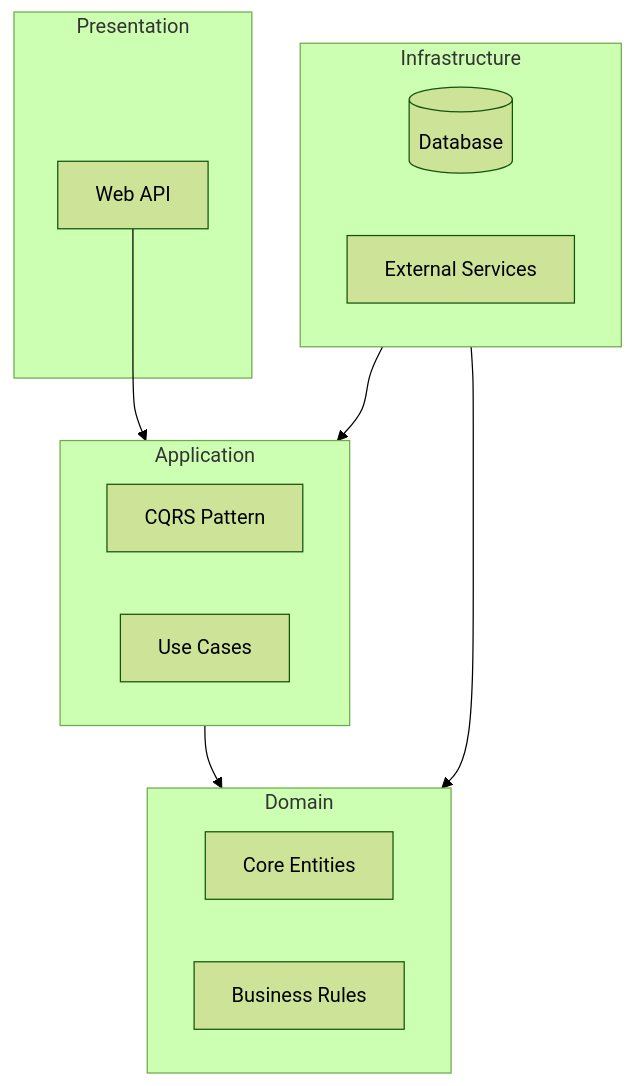
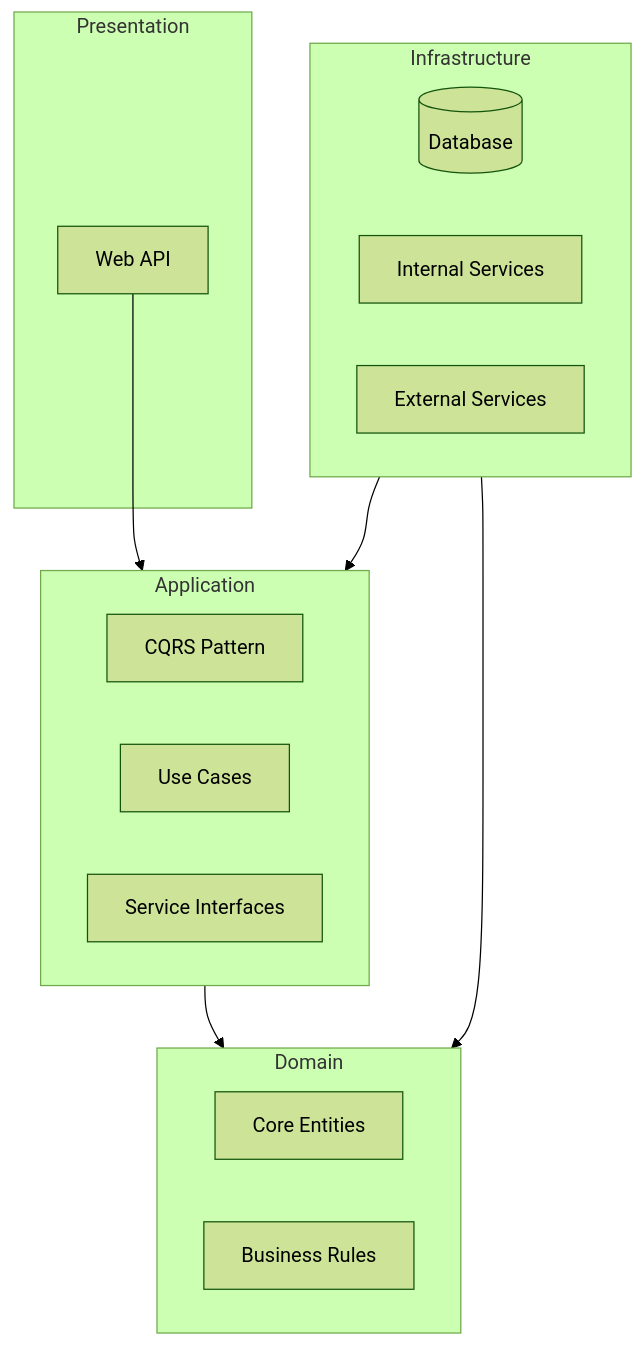
Before and after one commit to Radoslaw-Wolnik/Licencjat: the diagram in README.md, drawn with Mermaid (forest theme).

````diff
--- a/README.md
+++ b/README.md
@@ -18,26 +18,28 @@
 ```mermaid
 flowchart TD
     subgraph Presentation
     API[Web API]
     end
     
     subgraph Application
     CQRS[CQRS Pattern]
     UseCases[Use Cases]
+    Interfaces[Service Interfaces]
     end
     
     subgraph Domain
     Entities[Core Entities]
     BusinessRules[Business Rules]
     end
     
     subgraph Infrastructure
     DB[(Database)]
+    Internal[Internal Services]
     External[External Services]
     end
     
     API --> Application
     Application --> Domain
     Infrastructure --> Application
     Infrastructure --> Domain
 ```
````
